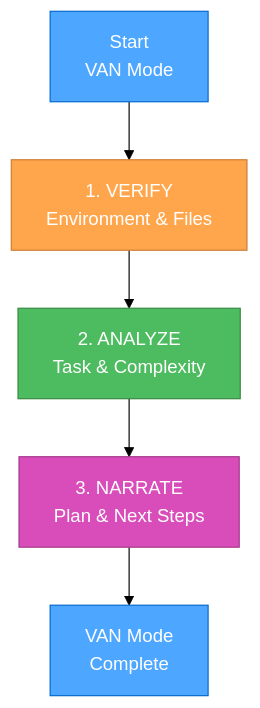
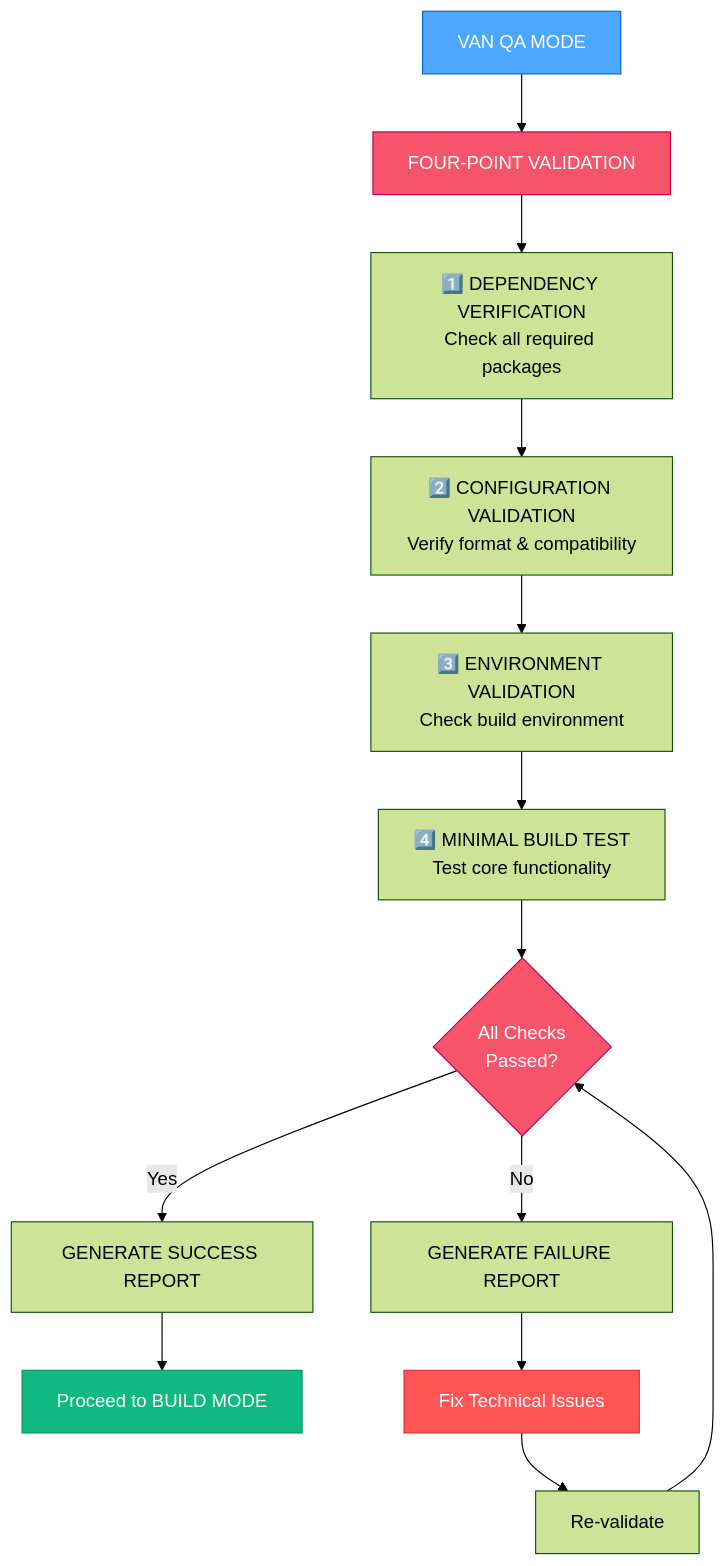
One commit to ubranch/shotgun changed the sixth of 13 diagrams in .cursor/rules/isolation_rules/visual-maps/van_mode_split/van-mode-map.mdc. Above: the diagram before and after it, drawn with Mermaid (forest theme). The commit also changed other lines of this file and 81 other files, not shown here.

````diff
--- a/.cursor/rules/isolation_rules/visual-maps/van_mode_split/van-mode-map.mdc
+++ b/.cursor/rules/isolation_rules/visual-maps/van_mode_split/van-mode-map.mdc
@@ -13,13 +176,24 @@
 ```mermaid
 graph TD
-    Start["Start<br>VAN Mode"] --> Verify["1. VERIFY<br>Environment & Files"]
-    Verify --> Analyze["2. ANALYZE<br>Task & Complexity"]
-    Analyze --> Narrate["3. NARRATE<br>Plan & Next Steps"]
-    Narrate --> Complete["VAN Mode<br>Complete"]
+    VANQA["VAN QA MODE"] --> FourChecks["FOUR-POINT VALIDATION"]
     
-    style Start fill:#4da6ff,stroke:#0066cc,color:white
-    style Verify fill:#ffa64d,stroke:#cc7a30,color:white
-    style Analyze fill:#4dbb5f,stroke:#36873f,color:white
-    style Narrate fill:#d94dbb,stroke:#a3378a,color:white
-    style Complete fill:#4da6ff,stroke:#0066cc,color:white
+    FourChecks --> DepCheck["1️⃣ DEPENDENCY VERIFICATION<br>Check all required packages"]
+    DepCheck --> ConfigCheck["2️⃣ CONFIGURATION VALIDATION<br>Verify format & compatibility"]
+    ConfigCheck --> EnvCheck["3️⃣ ENVIRONMENT VALIDATION<br>Check build environment"]
+    EnvCheck --> MinBuildCheck["4️⃣ MINIMAL BUILD TEST<br>Test core functionality"]
+    
+    MinBuildCheck --> ValidationResults{"All Checks<br>Passed?"}
+    ValidationResults -->|"Yes"| SuccessReport["GENERATE SUCCESS REPORT"]
+    ValidationResults -->|"No"| FailureReport["GENERATE FAILURE REPORT"]
+    
+    SuccessReport --> BUILD["Proceed to BUILD MODE"]
+    FailureReport --> FixIssues["Fix Technical Issues"]
+    FixIssues --> ReValidate["Re-validate"]
+    ReValidate --> ValidationResults
+    
+    style VANQA fill:#4da6ff,stroke:#0066cc,color:white
+    style FourChecks fill:#f6546a,stroke:#c30052,color:white
+    style ValidationResults fill:#f6546a,stroke:#c30052,color:white
+    style BUILD fill:#10b981,stroke:#059669,color:white
+    style FixIssues fill:#ff5555,stroke:#dd3333,color:white
 ```
````
